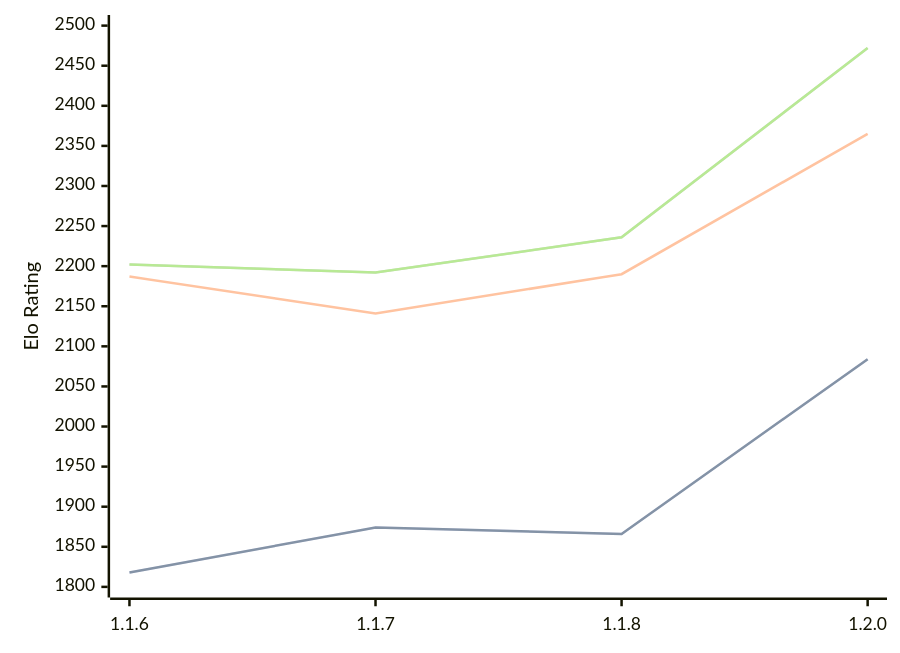
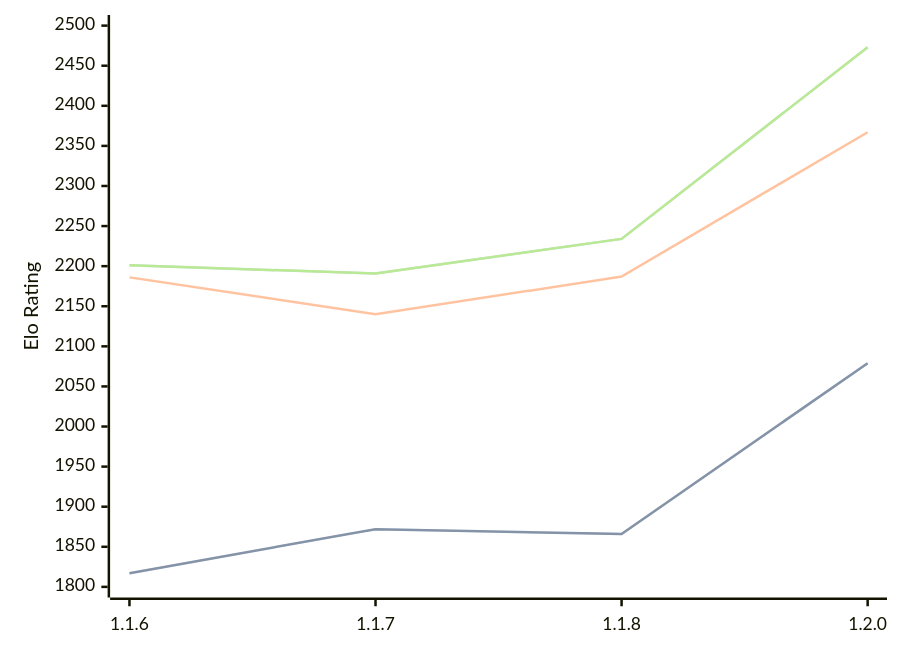
The diagram in engines/Soomi.md (computer-chess-index/cci), drawn with Mermaid before and after one commit. The commit also changed other lines of this file, not shown here.

Commit message:
Update CCI Ratings (ELO VLTC) - 2026-03-12

````diff
--- a/engines/Soomi.md
+++ b/engines/Soomi.md
@@ -32,11 +32,11 @@
 ```mermaid
 %%{init: {"theme":"base","themeVariables":{"seriesColors:['#a3a3a3','#222221','#faa371']}}}%%
 xychart-beta
   x-axis ["1.1.6", "1.1.7", "1.1.8", "1.2.0"]
   y-axis "Elo Rating" 1800 --> 2500
-  line "STC (8.0+0.08s)" [1818, 1874, 1866, 2084]
-  line "STC (8.0+0.08s)" [1818, 1874, 1866, 2084]
-  line "LTC (60.0+0.60s)" [2187, 2141, 2190, 2365]
-  line "VLTC (2m24s+1.12s)" [2202, 2192, 2236, 2472]
-  line "VLTC (2m24s+1.12s)" [2202, 2192, 2236, 2472]
+  line "STC (8.0+0.08s)" [1817, 1872, 1866, 2079]
+  line "STC (8.0+0.08s)" [1817, 1872, 1866, 2079]
+  line "LTC (60.0+0.60s)" [2186, 2140, 2187, 2367]
+  line "VLTC (2m24s+1.12s)" [2201, 2191, 2234, 2473]
+  line "VLTC (2m24s+1.12s)" [2201, 2191, 2234, 2473]
 ```
````
